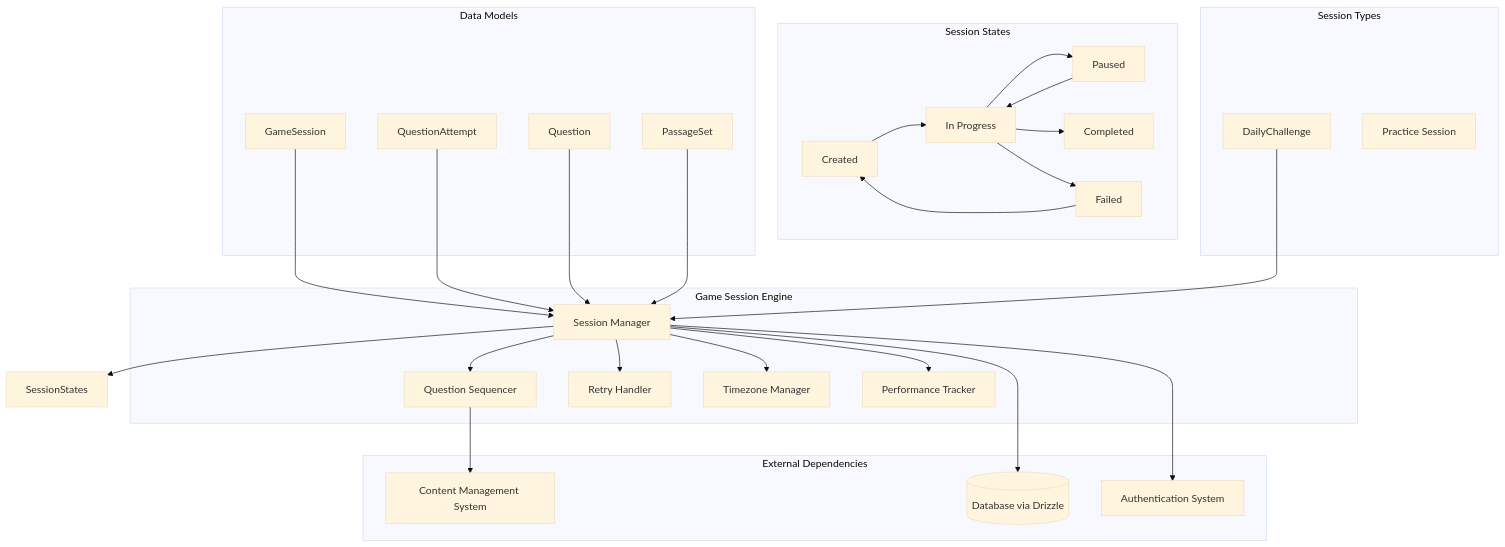
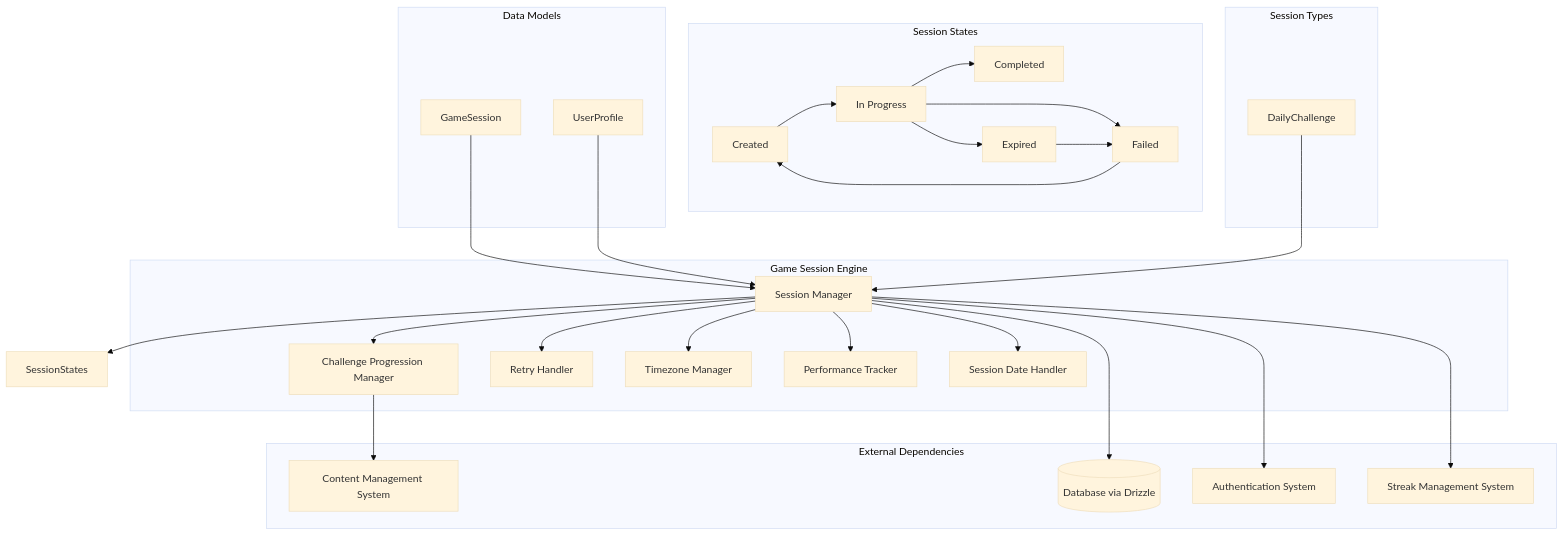
The first of 5 diagrams in game/design/low-level/game-session-engine.md (midearth-labs/fit-journey), drawn with Mermaid (base theme) before and after one commit. The commit also changed other lines of this file and 2 other files, not shown here.

````diff
--- a/game/design/low-level/game-session-engine.md
+++ b/game/design/low-level/game-session-engine.md
@@ -30,60 +30,59 @@
 ```mermaid
 graph TB
     subgraph "Game Session Engine"
         SessionManager[Session Manager]
-        QuestionSequencer[Question Sequencer]
+        ChallengeProgressionManager[Challenge Progression Manager]
         RetryHandler[Retry Handler]
         TimezoneManager[Timezone Manager]
         PerformanceTracker[Performance Tracker]
+        SessionDateHandler[Session Date Handler]
     end
     
     subgraph "Session States"
         Created[Created]
         InProgress[In Progress]
-        Paused[Paused]
         Completed[Completed]
         Failed[Failed]
+        Expired[Expired]
     end
     
     subgraph "Session Types"
         DailyChallenge[Daily Challenge]
-        PracticeSession[Practice Session]
     end
     
     subgraph "External Dependencies"
         ContentSystem[Content Management System]
         Database[(Database via Drizzle)]
         AuthSystem[Authentication System]
+        StreakSystem[Streak Management System]
     end
     
     subgraph "Data Models"
         GameSession[GameSession]
-        QuestionAttempt[QuestionAttempt]
         DailyChallenge[DailyChallenge]
-        Question[Question]
-        PassageSet[PassageSet]
+        UserProfile[UserProfile]
     end
     
     SessionManager --> SessionStates
-    SessionManager --> QuestionSequencer
+    SessionManager --> ChallengeProgressionManager
     SessionManager --> RetryHandler
     SessionManager --> TimezoneManager
     SessionManager --> PerformanceTracker
+    SessionManager --> SessionDateHandler
     
-    QuestionSequencer --> ContentSystem
+    ChallengeProgressionManager --> ContentSystem
     SessionManager --> Database
     SessionManager --> AuthSystem
+    SessionManager --> StreakSystem
     
     GameSession --> SessionManager
-    QuestionAttempt --> SessionManager
     DailyChallenge --> SessionManager
-    Question --> SessionManager
-    PassageSet --> SessionManager
+    UserProfile --> SessionManager
     
     Created --> InProgress
-    InProgress --> Paused
     InProgress --> Completed
     InProgress --> Failed
-    Paused --> InProgress
+    InProgress --> Expired
     Failed --> Created
+    Expired --> Failed
 ```
````
